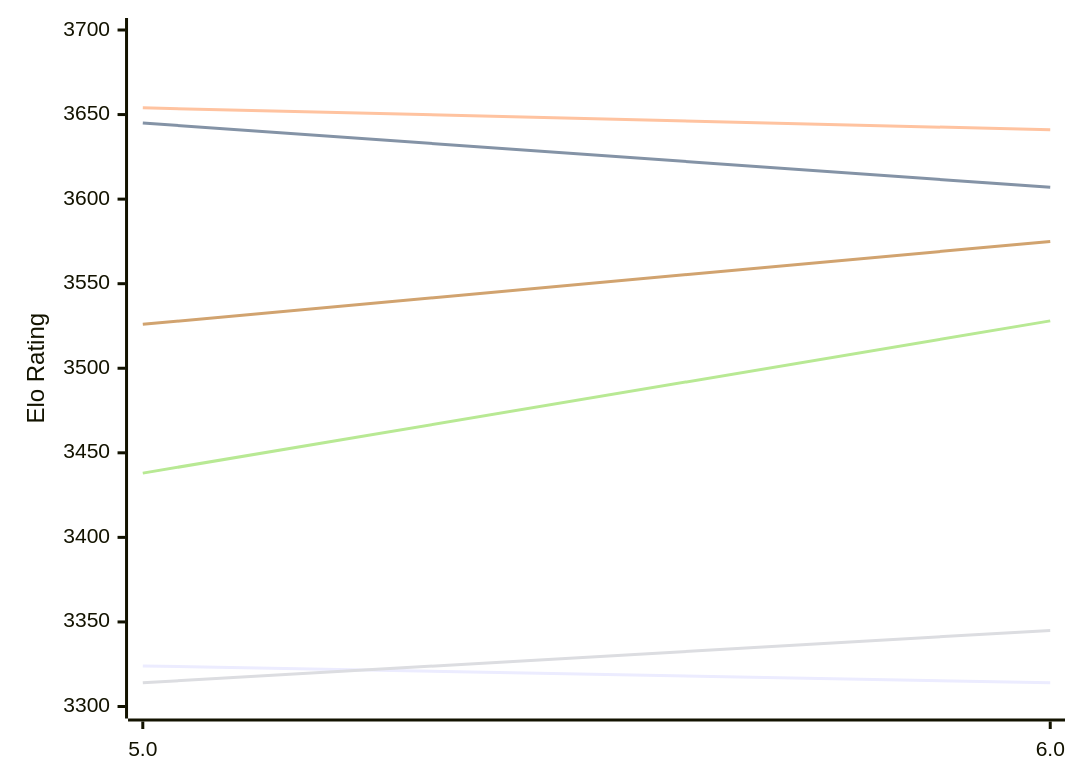
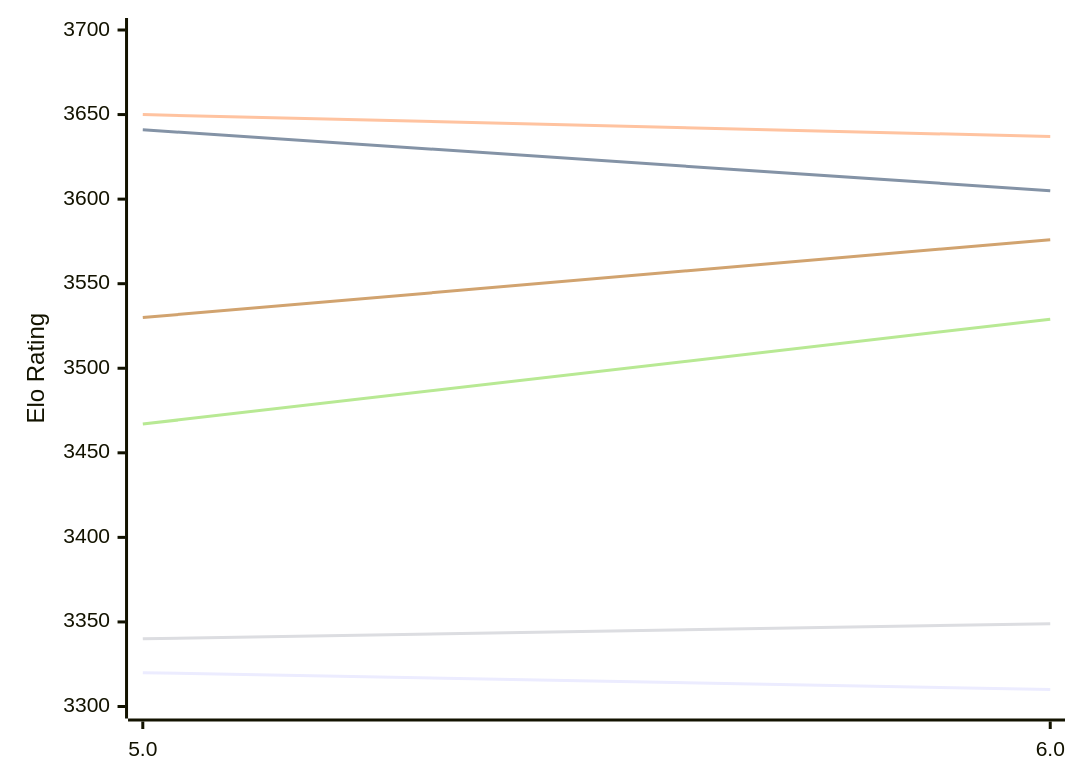
The first of 2 diagrams in engines/Tarnished.md (computer-chess-index/cci), drawn with Mermaid before and after one commit. The commit also changed other lines of this file, not shown here.

Commit message:
Update CCI Ratings (ELO VLTC) - 2026-11-21

````diff
--- a/engines/Tarnished.md
+++ b/engines/Tarnished.md
@@ -51,12 +51,12 @@
 ```mermaid
 %%{init: {"theme":"base","themeVariables":{"seriesColors:['#a3a3a3','#222221','#faa371']}}}%%
 xychart-beta
   x-axis ["5.0", "6.0"]
   y-axis "Elo Rating" 3300 --> 3700
-  line "E1: STC (8.0+0.08s)" [3324, 3314]
-  line "E1: LTC (60.0+0.60s)" [3645, 3607]
-  line "E1: VLTC (2m24s+1.12s)" [3654, 3641]
-  line "P1: STC (8.0+0.08s)" [3314, 3345]
-  line "P1: LTC (60.0+0.60s)" [3438, 3528]
-  line "P1: VLTC (2m24s+1.12s)" [3526, 3575]
+  line "E1: STC (8.0+0.08s)" [3320, 3310]
+  line "E1: LTC (60.0+0.60s)" [3641, 3605]
+  line "E1: VLTC (2m24s+1.12s)" [3650, 3637]
+  line "P1: STC (8.0+0.08s)" [3340, 3349]
+  line "P1: LTC (60.0+0.60s)" [3467, 3529]
+  line "P1: VLTC (2m24s+1.12s)" [3530, 3576]
 ```
````
